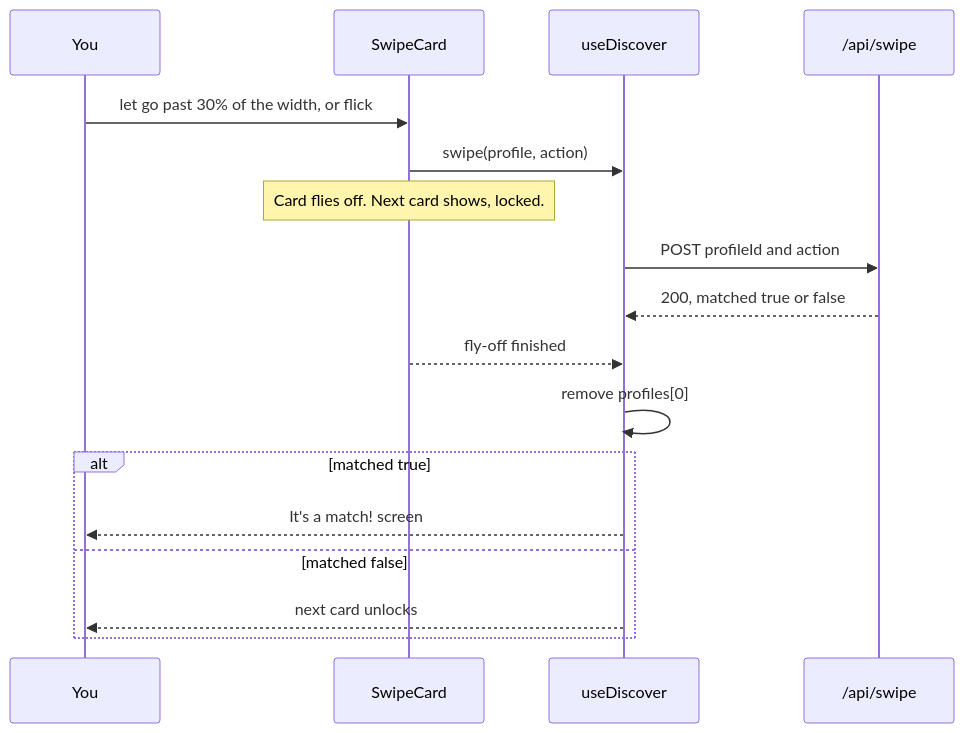
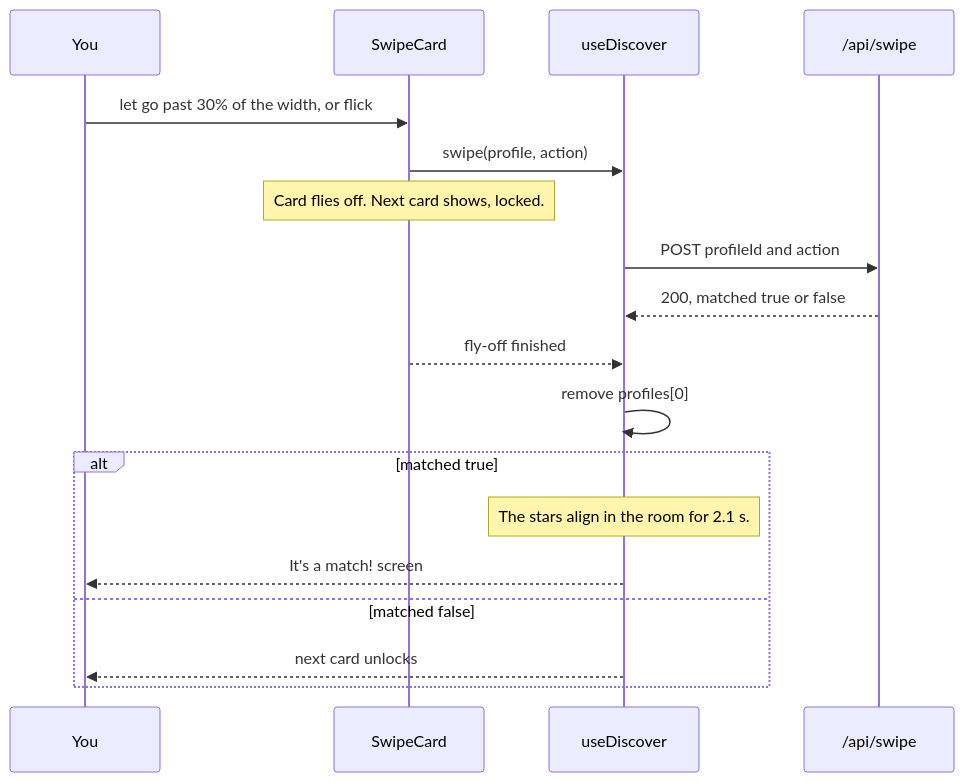
Before and after one commit to ashutosharma2/coy-discover-assignment: diagram 13 of 14 in docs/architecture.md, drawn with Mermaid. The commit also changed other lines of this file and 41 other files, not shown here.

````diff
--- a/docs/architecture.md
+++ b/docs/architecture.md
@@ -382,20 +391,21 @@
 ```mermaid
 sequenceDiagram
     participant U as You
     participant C as SwipeCard
     participant H as useDiscover
     participant A as /api/swipe
 
     U->>C: let go past 30% of the width, or flick
     C->>H: swipe(profile, action)
     Note over C: Card flies off. Next card shows, locked.
     H->>A: POST profileId and action
     A-->>H: 200, matched true or false
     C-->>H: fly-off finished
     H->>H: remove profiles[0]
     alt matched true
+        Note over H: The stars align in the room for 2.1 s.
         H-->>U: It's a match! screen
     else matched false
         H-->>U: next card unlocks
     end
 ```
````
